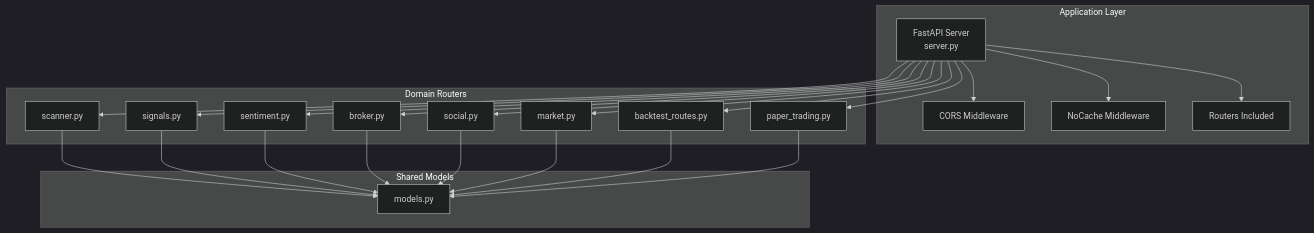
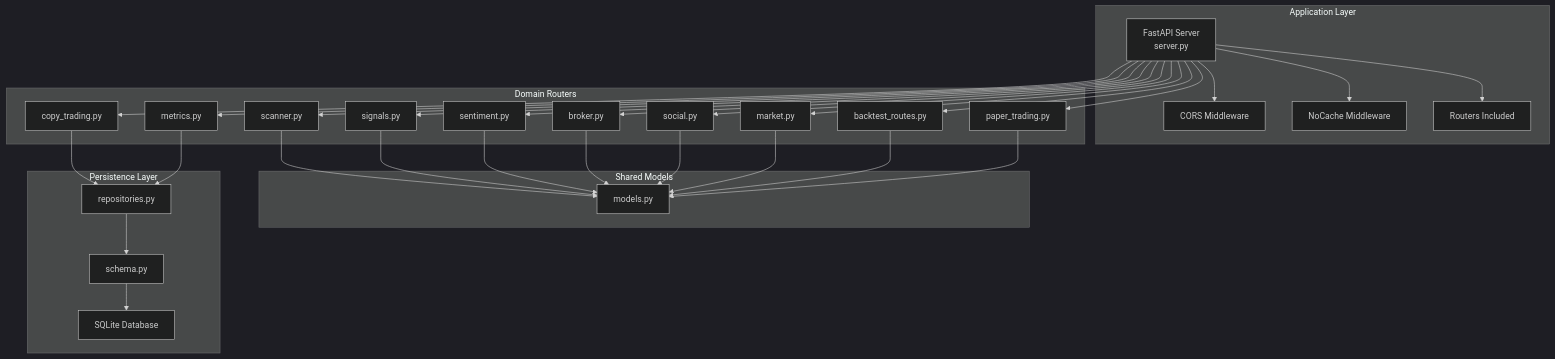
Before and after one commit to cavraeg-eng/Trading-App: the second of 8 diagrams in .qoder/repowiki/en/content/Project Overview/Core Features/API Routes.md, drawn with Mermaid (dark theme). The commit also changed other lines of this file and 138 other files, not shown here.

First line of the commit message:
feat(LiveTrading): add MT5-style chart overlay for entry/SL/TP levels

````diff
--- a/.qoder/repowiki/en/content/Project Overview/Core Features/API Routes.md
+++ b/.qoder/repowiki/en/content/Project Overview/Core Features/API Routes.md
@@ -97,38 +122,51 @@
 ```mermaid
 graph TB
 subgraph "Application Layer"
 S["FastAPI Server<br/>server.py"]
 S --> M1["CORS Middleware"]
 S --> M2["NoCache Middleware"]
 S --> Routers["Routers Included"]
 end
 subgraph "Domain Routers"
 RS["scanner.py"]
 RSi["signals.py"]
 RSe["sentiment.py"]
 RB["broker.py"]
 RSoc["social.py"]
 RM["market.py"]
 RBT["backtest_routes.py"]
 RP["paper_trading.py"]
+RC["copy_trading.py"]
+RMet["metrics.py"]
 end
 subgraph "Shared Models"
 M["models.py"]
+end
+subgraph "Persistence Layer"
+Repo["repositories.py"]
+Schema["schema.py"]
+DB["SQLite Database"]
 end
 S --> RS
 S --> RSi
 S --> RSe
 S --> RB
 S --> RSoc
 S --> RM
 S --> RBT
 S --> RP
+S --> RC
+S --> RMet
 RS --> M
 RSi --> M
 RSe --> M
 RB --> M
 RSoc --> M
 RM --> M
 RBT --> M
 RP --> M
+RC --> Repo
+RMet --> Repo
+Repo --> Schema
+Schema --> DB
 ```
````
